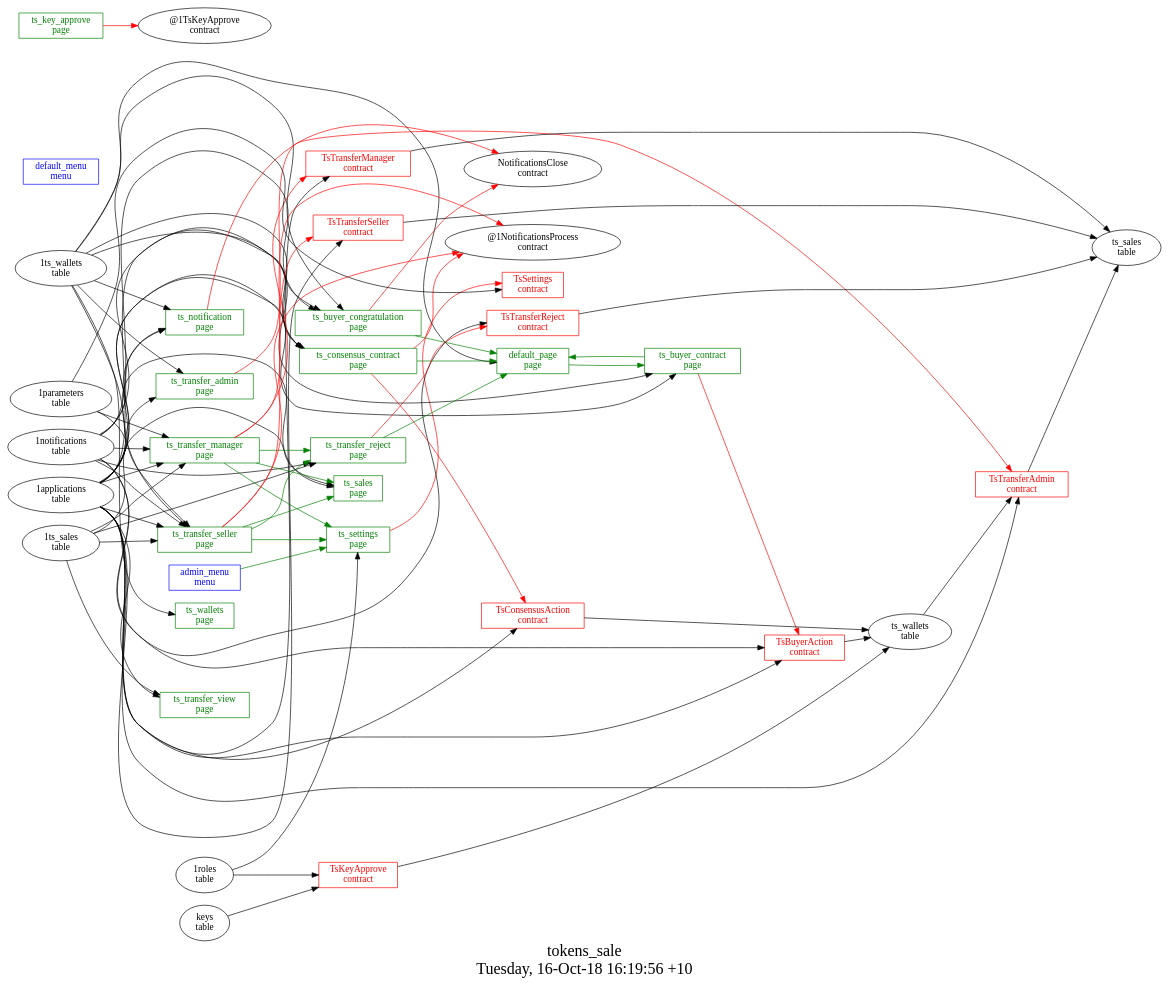
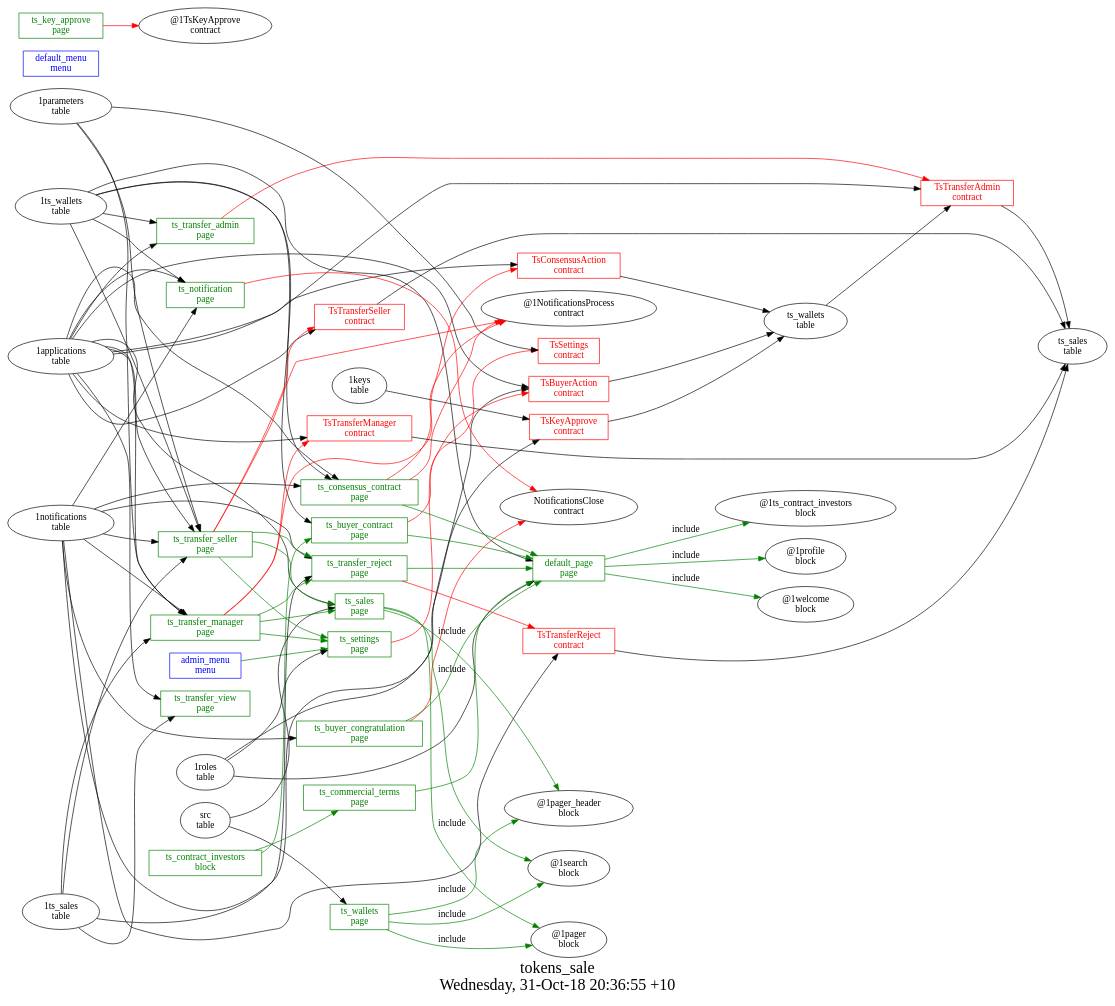
The diagram in other/tokens_sale/struct.dot (AplaProject/apps), drawn with Graphviz before and after one commit. The commit also changed 275 other files, not shown here.

```diff
--- a/other/tokens_sale/struct.dot
+++ b/other/tokens_sale/struct.dot
@@ -1,108 +1,119 @@
 digraph G {
 fontsize="24";
-label="tokens_sale\nTuesday, 16-Oct-18 16:19:56 +10";
+label="tokens_sale\nWednesday, 31-Oct-18 20:36:55 +10";
 nojustify=true;
 ordering=out;
 rankdir=LR;
 size="30";
 "admin_menu\nmenu" -> "ts_settings\npage"  [ color=green ]
 "admin_menu\nmenu" [color=blue, fontcolor=blue, group=menus, shape=record];
 "default_menu\nmenu" [color=blue, fontcolor=blue, group=menus, shape=record];
 "1ts_wallets\ntable" -> "default_page\npage"
-"default_page\npage" -> "ts_buyer_contract\npage"  [ color=green ]
+"1roles\ntable" -> "default_page\npage"
+"default_page\npage" -> "@1ts_contract_investors\nblock"  [ color=green, label=include ]
+"default_page\npage" -> "@1profile\nblock"  [ color=green, label=include ]
+"default_page\npage" -> "@1welcome\nblock"  [ color=green, label=include ]
 "default_page\npage" [color=green, fontcolor=green, group=pages, shape=record];
 "ts_buyer_congratulation\npage" -> "NotificationsClose\ncontract"  [ color=red ]
-"1applications\ntable" -> "ts_buyer_congratulation\npage"
 "1notifications\ntable" -> "ts_buyer_congratulation\npage"
-"1ts_wallets\ntable" -> "ts_buyer_congratulation\npage"
 "ts_buyer_congratulation\npage" -> "default_page\npage"  [ color=green ]
 "ts_buyer_congratulation\npage" [color=green, fontcolor=green, group=pages, shape=record];
 "ts_buyer_contract\npage" -> "TsBuyerAction\ncontract"  [ color=red ]
-"1applications\ntable" -> "ts_buyer_contract\npage"
 "1ts_wallets\ntable" -> "ts_buyer_contract\npage"
 "ts_buyer_contract\npage" -> "default_page\npage"  [ color=green ]
 "ts_buyer_contract\npage" [color=green, fontcolor=green, group=pages, shape=record];
+"ts_commercial_terms\npage" -> "default_page\npage"  [ color=green ]
+"ts_commercial_terms\npage" [color=green, fontcolor=green, group=pages, shape=record];
 "ts_consensus_contract\npage" -> "TsConsensusAction\ncontract"  [ color=red ]
 "ts_consensus_contract\npage" -> "@1NotificationsProcess\ncontract"  [ color=red ]
 "1applications\ntable" -> "ts_consensus_contract\npage"
 "1notifications\ntable" -> "ts_consensus_contract\npage"
 "1ts_wallets\ntable" -> "ts_consensus_contract\npage"
 "ts_consensus_contract\npage" -> "default_page\npage"  [ color=green ]
 "ts_consensus_contract\npage" [color=green, fontcolor=green, group=pages, shape=record];
 "ts_key_approve\npage" -> "@1TsKeyApprove\ncontract"  [ color=red ]
 "ts_key_approve\npage" [color=green, fontcolor=green, group=pages, shape=record];
 "ts_notification\npage" -> "NotificationsClose\ncontract"  [ color=red ]
 "1applications\ntable" -> "ts_notification\npage"
 "1notifications\ntable" -> "ts_notification\npage"
 "1ts_wallets\ntable" -> "ts_notification\npage"
 "ts_notification\npage" [color=green, fontcolor=green, group=pages, shape=record];
 "1applications\ntable" -> "ts_sales\npage"
-"1ts_sales\ntable" -> "ts_sales\npage"
+"src\ntable" -> "ts_sales\npage"
+"ts_sales\npage" -> "@1pager_header\nblock"  [ color=green, label=include ]
+"ts_sales\npage" -> "@1search\nblock"  [ color=green, label=include ]
+"ts_sales\npage" -> "@1pager\nblock"  [ color=green, label=include ]
 "ts_sales\npage" [color=green, fontcolor=green, group=pages, shape=record];
 "ts_settings\npage" -> "TsSettings\ncontract"  [ color=red ]
 "1roles\ntable" -> "ts_settings\npage"
 "ts_settings\npage" [color=green, fontcolor=green, group=pages, shape=record];
 "ts_transfer_admin\npage" -> "TsTransferAdmin\ncontract"  [ color=red ]
 "1applications\ntable" -> "ts_transfer_admin\npage"
 "1ts_wallets\ntable" -> "ts_transfer_admin\npage"
 "ts_transfer_admin\npage" [color=green, fontcolor=green, group=pages, shape=record];
 "ts_transfer_manager\npage" -> "TsTransferManager\ncontract"  [ color=red ]
 "ts_transfer_manager\npage" -> "@1NotificationsProcess\ncontract"  [ color=red ]
 "1applications\ntable" -> "ts_transfer_manager\npage"
 "1notifications\ntable" -> "ts_transfer_manager\npage"
 "1ts_sales\ntable" -> "ts_transfer_manager\npage"
 "1parameters\ntable" -> "ts_transfer_manager\npage"
 "ts_transfer_manager\npage" -> "ts_transfer_reject\npage"  [ color=green ]
 "ts_transfer_manager\npage" -> "ts_sales\npage"  [ color=green ]
 "ts_transfer_manager\npage" -> "ts_settings\npage"  [ color=green ]
 "ts_transfer_manager\npage" [color=green, fontcolor=green, group=pages, shape=record];
 "ts_transfer_reject\npage" -> "TsTransferReject\ncontract"  [ color=red ]
 "1notifications\ntable" -> "ts_transfer_reject\npage"
 "1ts_sales\ntable" -> "ts_transfer_reject\npage"
 "ts_transfer_reject\npage" -> "default_page\npage"  [ color=green ]
 "ts_transfer_reject\npage" [color=green, fontcolor=green, group=pages, shape=record];
 "ts_transfer_seller\npage" -> "TsTransferSeller\ncontract"  [ color=red ]
 "ts_transfer_seller\npage" -> "@1NotificationsProcess\ncontract"  [ color=red ]
 "1applications\ntable" -> "ts_transfer_seller\npage"
 "1notifications\ntable" -> "ts_transfer_seller\npage"
 "1ts_sales\ntable" -> "ts_transfer_seller\npage"
 "1ts_wallets\ntable" -> "ts_transfer_seller\npage"
 "1parameters\ntable" -> "ts_transfer_seller\npage"
 "ts_transfer_seller\npage" -> "ts_transfer_reject\npage"  [ color=green ]
 "ts_transfer_seller\npage" -> "ts_sales\npage"  [ color=green ]
 "ts_transfer_seller\npage" -> "ts_settings\npage"  [ color=green ]
 "ts_transfer_seller\npage" [color=green, fontcolor=green, group=pages, shape=record];
 "1applications\ntable" -> "ts_transfer_view\npage"
 "1ts_sales\ntable" -> "ts_transfer_view\npage"
 "ts_transfer_view\npage" [color=green, fontcolor=green, group=pages, shape=record];
-"1ts_wallets\ntable" -> "ts_wallets\npage"
+"src\ntable" -> "ts_wallets\npage"
+"ts_wallets\npage" -> "@1pager_header\nblock"  [ color=green, label=include ]
+"ts_wallets\npage" -> "@1search\nblock"  [ color=green, label=include ]
+"ts_wallets\npage" -> "@1pager\nblock"  [ color=green, label=include ]
 "ts_wallets\npage" [color=green, fontcolor=green, group=pages, shape=record];
+"ts_contract_investors\nblock" -> "ts_commercial_terms\npage"  [ color=green ]
+"ts_contract_investors\nblock" -> "ts_buyer_contract\npage"  [ color=green ]
+"ts_contract_investors\nblock" [color=green, fontcolor=green, group=blocks, shape=record];
 "TsBuyerAction\ncontract" -> "ts_wallets\ntable"  [ color="" ]
 "1applications\ntable" -> "TsBuyerAction\ncontract"
 "1notifications\ntable" -> "TsBuyerAction\ncontract"
 "TsBuyerAction\ncontract" [color=red, fontcolor=red, group=contracts, shape=record];
 "TsConsensusAction\ncontract" -> "ts_wallets\ntable"  [ color="" ]
 "1applications\ntable" -> "TsConsensusAction\ncontract"
 "TsConsensusAction\ncontract" [color=red, fontcolor=red, group=contracts, shape=record];
 "TsKeyApprove\ncontract" -> "ts_wallets\ntable"  [ color="" ]
-"keys\ntable" -> "TsKeyApprove\ncontract"
+"1keys\ntable" -> "TsKeyApprove\ncontract"
 "1roles\ntable" -> "TsKeyApprove\ncontract"
 "TsKeyApprove\ncontract" [color=red, fontcolor=red, group=contracts, shape=record];
 "1parameters\ntable" -> "TsSettings\ncontract"
 "TsSettings\ncontract" [color=red, fontcolor=red, group=contracts, shape=record];
 "TsTransferAdmin\ncontract" -> "ts_sales\ntable"  [ color="" ]
 "1applications\ntable" -> "TsTransferAdmin\ncontract"
 "ts_wallets\ntable" -> "TsTransferAdmin\ncontract"
 "TsTransferAdmin\ncontract" [color=red, fontcolor=red, group=contracts, shape=record];
 "TsTransferManager\ncontract" -> "ts_sales\ntable"  [ color="" ]
 "1applications\ntable" -> "TsTransferManager\ncontract"
 "TsTransferManager\ncontract" [color=red, fontcolor=red, group=contracts, shape=record];
 "TsTransferReject\ncontract" -> "ts_sales\ntable"  [ color="" ]
 "1notifications\ntable" -> "TsTransferReject\ncontract"
 "TsTransferReject\ncontract" [color=red, fontcolor=red, group=contracts, shape=record];
 "TsTransferSeller\ncontract" -> "ts_sales\ntable"  [ color="" ]
 "1applications\ntable" -> "TsTransferSeller\ncontract"
 "TsTransferSeller\ncontract" [color=red, fontcolor=red, group=contracts, shape=record];
 "ts_sales\ntable" [color="", fontcolor="", group=tables, shape=""];
 "ts_wallets\ntable" [color="", fontcolor="", group=tables, shape=""];
 }
```
